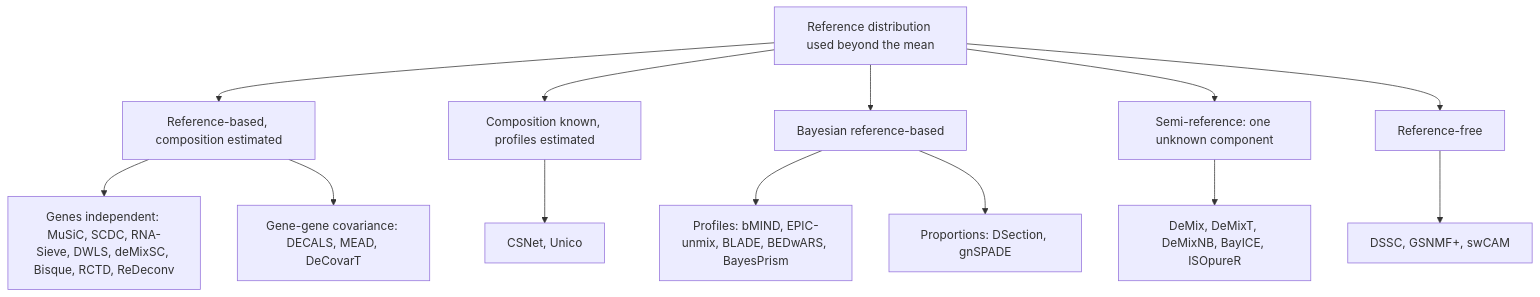
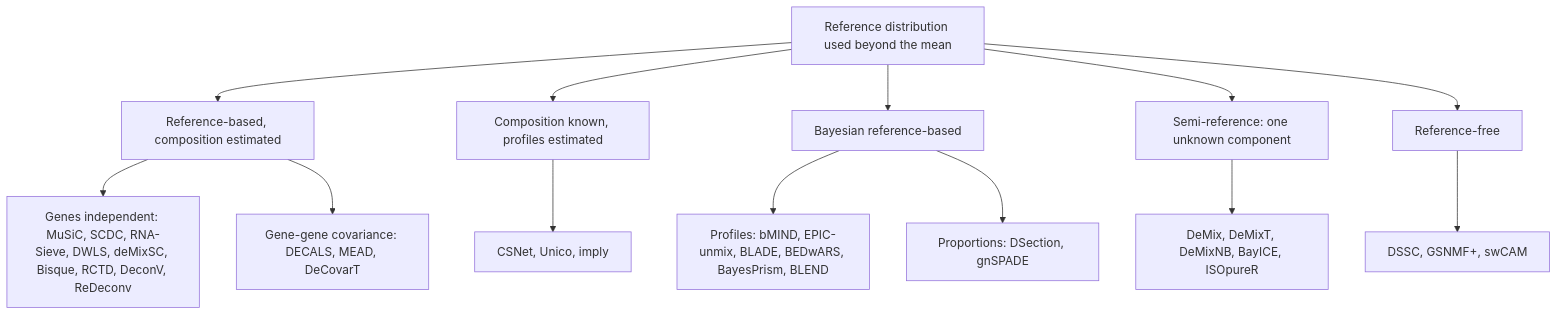
Before and after one commit to bastienchassagnol/DeCovarT: the first of 2 diagrams in articles/05-1-review-distribution-aware.md, drawn with Mermaid. The commit also changed other lines of this file and 150 other files, not shown here.

````diff
--- a/articles/05-1-review-distribution-aware.md
+++ b/articles/05-1-review-distribution-aware.md
@@ -40,17 +40,17 @@
 ``` mermaid
 %%{init: {"theme": "sandstone", "flowchart": {"curve": "basis"}}}%%
 flowchart TD
   root["Reference distribution used beyond the mean"]
   root --> ref["Reference-based, composition estimated"]
   root --> cts["Composition known, profiles estimated"]
   root --> bay["Bayesian reference-based"]
   root --> semi["Semi-reference: one unknown component"]
   root --> free["Reference-free"]
-  ref --> uni["Genes independent: MuSiC, SCDC, RNA-Sieve, DWLS, deMixSC, Bisque, RCTD, ReDeconv"]
+  ref --> uni["Genes independent: MuSiC, SCDC, RNA-Sieve, DWLS, deMixSC, Bisque, RCTD, DeconV, ReDeconv"]
   ref --> multi["Gene-gene covariance: DECALS, MEAD, DeCovarT"]
-  cts --> csnet["CSNet, Unico"]
-  bay --> bcts["Profiles: bMIND, EPIC-unmix, BLADE, BEDwARS, BayesPrism"]
+  cts --> csnet["CSNet, Unico, imply"]
+  bay --> bcts["Profiles: bMIND, EPIC-unmix, BLADE, BEDwARS, BayesPrism, BLEND"]
   bay --> bprop["Proportions: DSection, gnSPADE"]
   semi --> dem["DeMix, DeMixT, DeMixNB, BayICE, ISOpureR"]
   free --> nmf["DSSC, GSNMF+, swCAM"]
 ```
````
